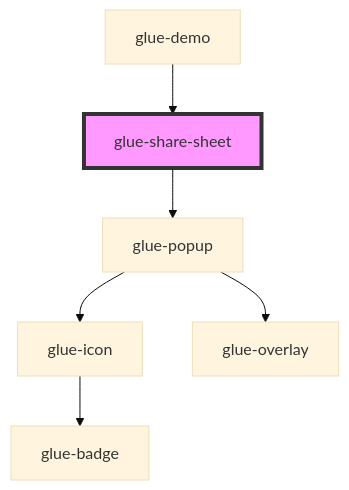
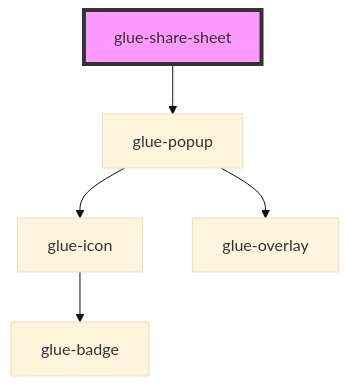
The diagram in packages/glue-components/src/components/glue-share-sheet/readme.md (grasilife/glue), drawn with Mermaid (base theme) before and after one commit. The commit also changed other lines of this file and 9 other files, not shown here.

````diff
--- a/packages/glue-components/src/components/glue-share-sheet/readme.md
+++ b/packages/glue-components/src/components/glue-share-sheet/readme.md
@@ -52,9 +48,8 @@
 ```mermaid
 graph TD;
   glue-share-sheet --> glue-popup
   glue-popup --> glue-icon
   glue-popup --> glue-overlay
   glue-icon --> glue-badge
-  glue-demo --> glue-share-sheet
   style glue-share-sheet fill:#f9f,stroke:#333,stroke-width:4px
 ```
````
